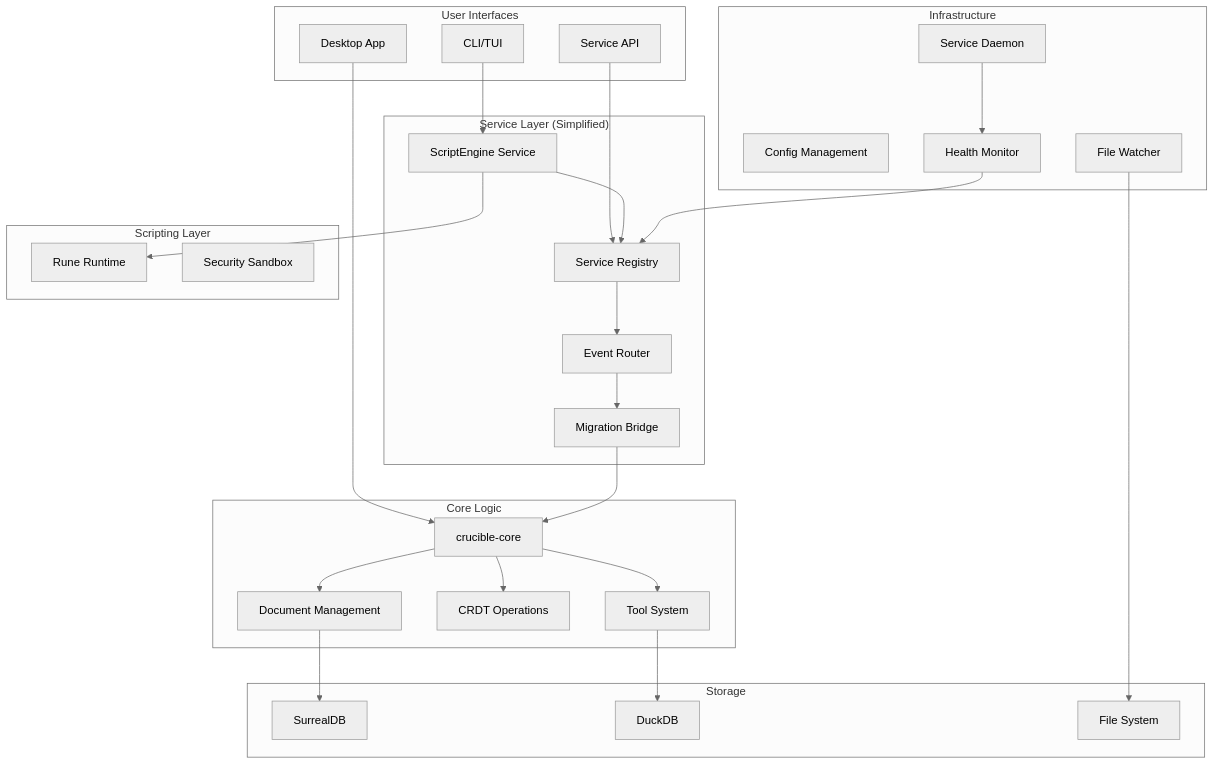
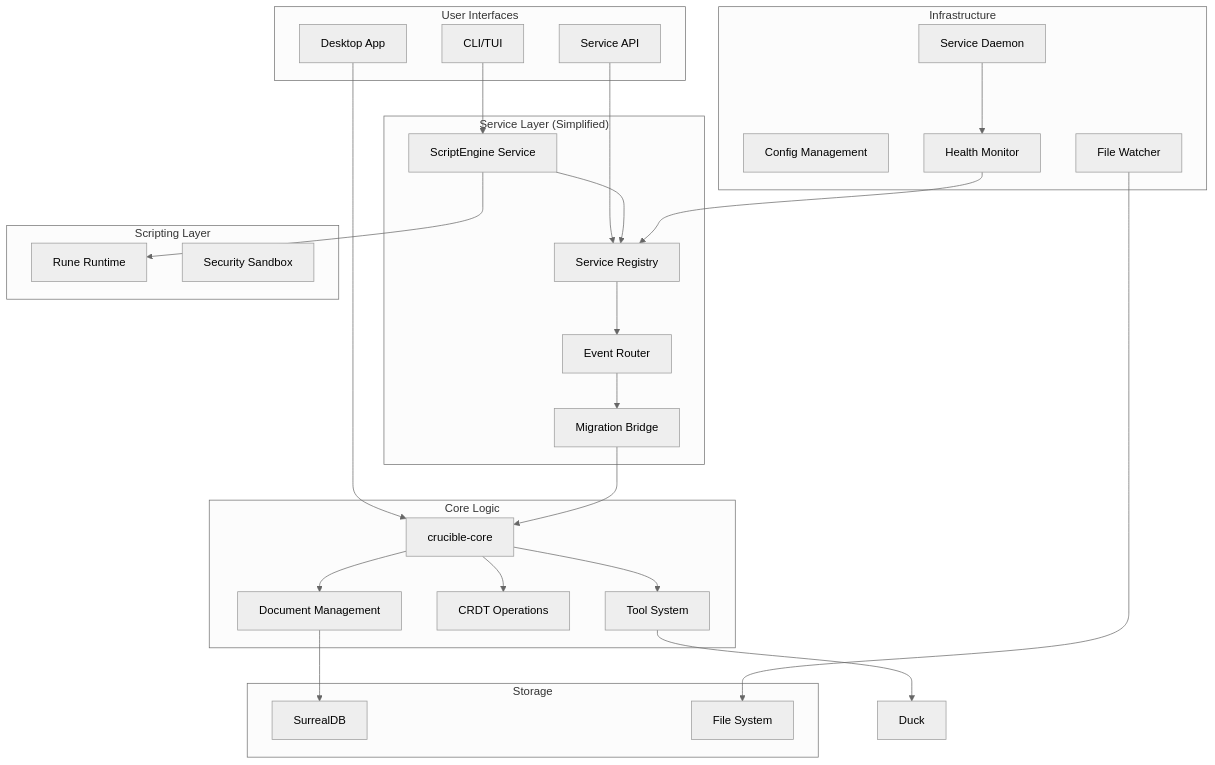
The first of 6 diagrams in docs/ARCHITECTURE.md (Mootikins/crucible), drawn with Mermaid (neutral theme) before and after one commit. The commit also changed other lines of this file and 283 other files, not shown here.

````diff
--- a/docs/ARCHITECTURE.md
+++ b/docs/ARCHITECTURE.md
@@ -11,61 +11,60 @@
 ```mermaid
 graph TB
     subgraph "User Interfaces"
         CLI[CLI/TUI]
         Desktop[Desktop App]
         ServiceAPI[Service API]
     end
 
     subgraph "Service Layer (Simplified)"
         ScriptEngine[ScriptEngine Service]
         ServiceRegistry[Service Registry]
         EventRouter[Event Router]
         MigrationBridge[Migration Bridge]
     end
 
     subgraph "Core Logic"
         Core[crucible-core]
         Docs[Document Management]
         CRDT[CRDT Operations]
         Tools[Tool System]
     end
 
     subgraph "Infrastructure"
         Config[Config Management]
         Watch[File Watcher]
         Daemon[Service Daemon]
         Health[Health Monitor]
     end
 
     subgraph "Storage"
         Surreal[SurrealDB]
-        Duck[DuckDB]
         Files[File System]
     end
 
     subgraph "Scripting Layer"
         Rune[Rune Runtime]
         Security[Security Sandbox]
     end
 
     CLI --> ScriptEngine
     Desktop --> Core
     ServiceAPI --> ServiceRegistry
 
     ScriptEngine --> ServiceRegistry
     ServiceRegistry --> EventRouter
     EventRouter --> MigrationBridge
 
     ScriptEngine --> Rune
     MigrationBridge --> Core
     Core --> Docs
     Core --> CRDT
     Core --> Tools
 
     Docs --> Surreal
     Tools --> Duck
     Watch --> Files
 
     Daemon --> Health
     Health --> ServiceRegistry
 ```
````
